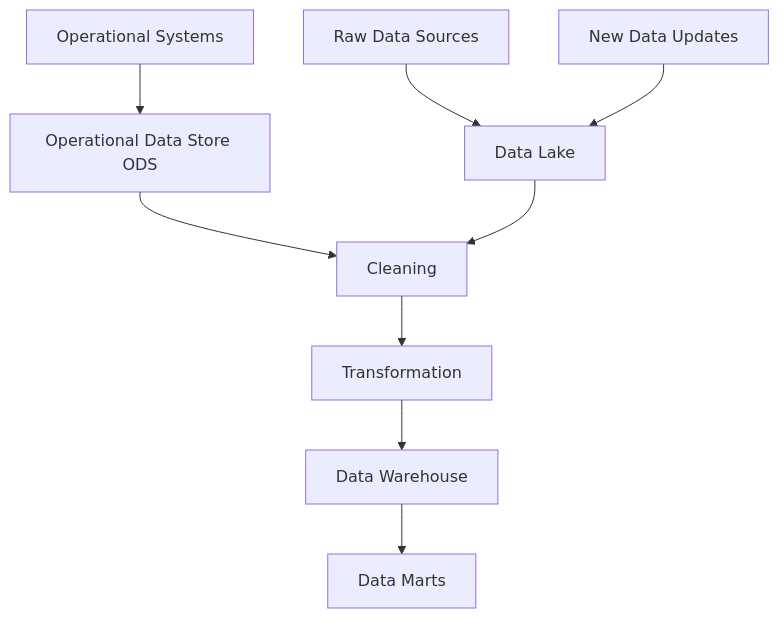
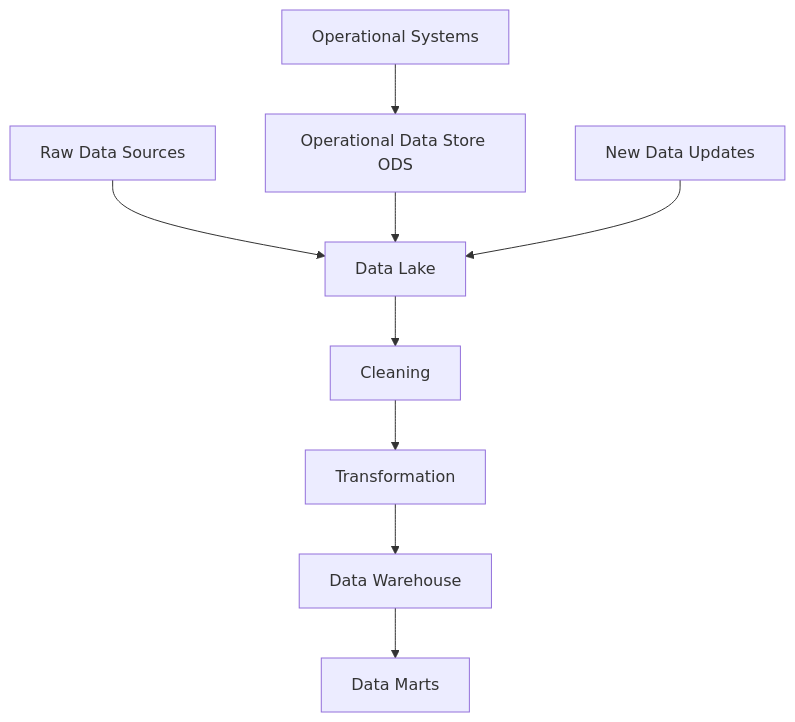
Before and after one commit to Prajjwal-Rimal/Database-and-SQL: the first of 2 diagrams in data warehouse/Data Warehousing, Analytics overview.md, drawn with Mermaid.

Commit message:
updated flowchart

````diff
--- a/data warehouse/Data Warehousing, Analytics overview.md
+++ b/data warehouse/Data Warehousing, Analytics overview.md
@@ -70,12 +70,12 @@
 ```mermaid
 flowchart TD
     A[Raw Data Sources] --> L[Data Lake]
-    O[Operational Data Store ODS] -->B
+    O[Operational Data Store ODS] -->L
     G[Operational Systems ] --> O
     L --> B[Cleaning]
     B --> C[Transformation]
     C --> D[Data Warehouse]
     D --> E[Data Marts]
     F[New Data Updates] --> L
 
 ```
````
